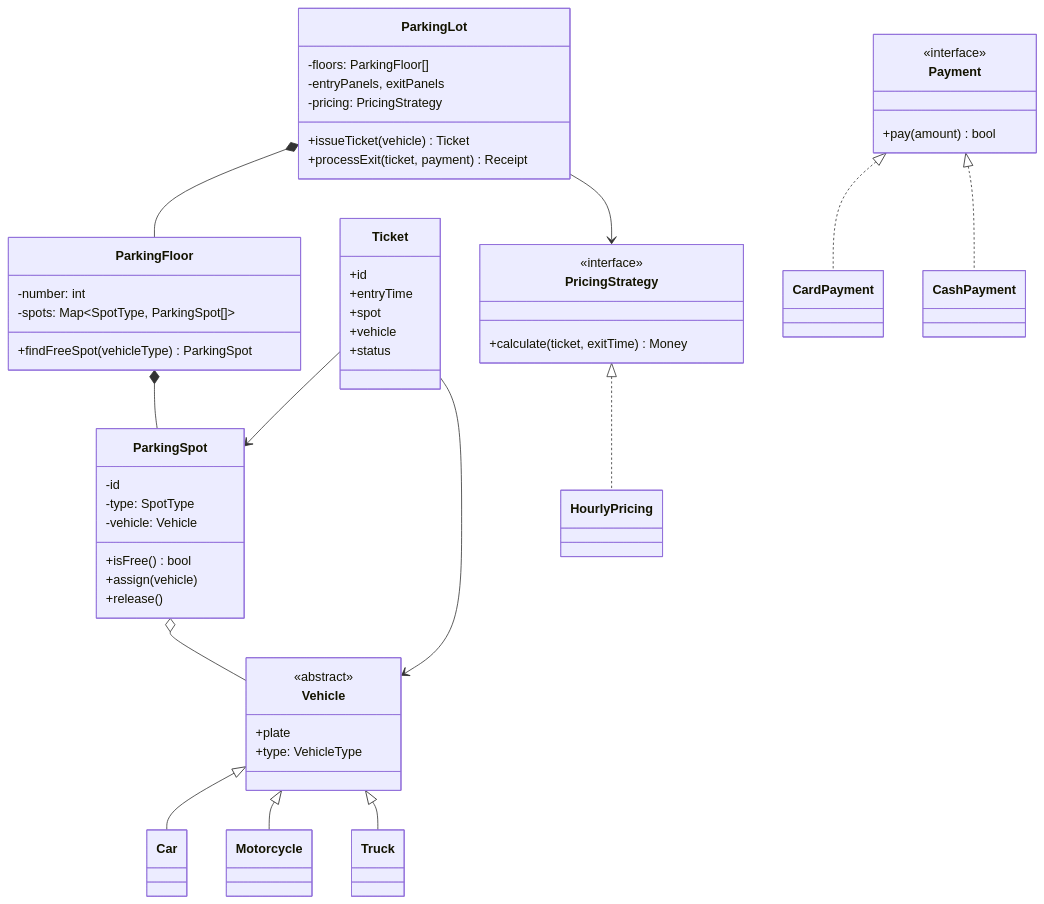
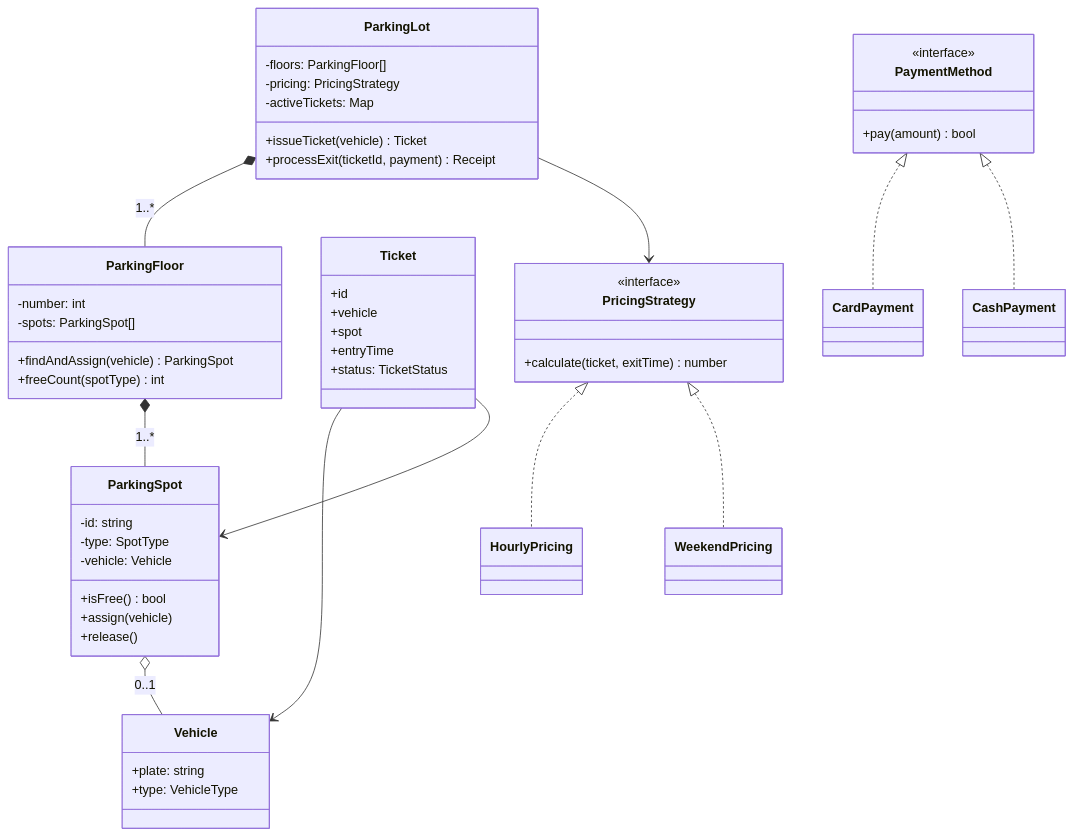
One commit to hshtgbrendo/software-dev-prep changed the diagram in design/1 Software Design/Low-Level Design Interview.md. Above: the diagram before and after it, drawn with Mermaid. The commit also changed other lines of this file and 28 other files, not shown here.

````diff
--- a/design/1 Software Design/Low-Level Design Interview.md
+++ b/design/1 Software Design/Low-Level Design Interview.md
@@ -49,55 +107,53 @@
 ```mermaid
 classDiagram
   class ParkingLot {
     -floors: ParkingFloor[]
-    -entryPanels, exitPanels
     -pricing: PricingStrategy
+    -activeTickets: Map
     +issueTicket(vehicle) Ticket
-    +processExit(ticket, payment) Receipt
+    +processExit(ticketId, payment) Receipt
   }
   class ParkingFloor {
     -number: int
-    -spots: Map~SpotType, ParkingSpot[]~
-    +findFreeSpot(vehicleType) ParkingSpot
+    -spots: ParkingSpot[]
+    +findAndAssign(vehicle) ParkingSpot
+    +freeCount(spotType) int
   }
   class ParkingSpot {
-    -id
+    -id: string
     -type: SpotType
     -vehicle: Vehicle
     +isFree() bool
     +assign(vehicle)
     +release()
   }
   class Vehicle {
-    <<abstract>>
-    +plate
+    +plate: string
     +type: VehicleType
   }
   class Ticket {
     +id
+    +vehicle
+    +spot
     +entryTime
-    +spot
-    +vehicle
-    +status
+    +status: TicketStatus
   }
   class PricingStrategy {
     <<interface>>
-    +calculate(ticket, exitTime) Money
+    +calculate(ticket, exitTime) number
   }
-  class Payment {
+  class PaymentMethod {
     <<interface>>
     +pay(amount) bool
   }
-  ParkingLot *-- ParkingFloor
-  ParkingFloor *-- ParkingSpot
-  ParkingSpot o-- Vehicle
-  Vehicle <|-- Car
-  Vehicle <|-- Motorcycle
-  Vehicle <|-- Truck
+  ParkingLot *-- ParkingFloor : 1..*
+  ParkingFloor *-- ParkingSpot : 1..*
+  ParkingSpot o-- Vehicle : 0..1
+  Ticket --> Vehicle
   Ticket --> ParkingSpot
-  Ticket --> Vehicle
   ParkingLot --> PricingStrategy
   PricingStrategy <|.. HourlyPricing
-  Payment <|.. CardPayment
-  Payment <|.. CashPayment
+  PricingStrategy <|.. WeekendPricing
+  PaymentMethod <|.. CardPayment
+  PaymentMethod <|.. CashPayment
 ```
````
